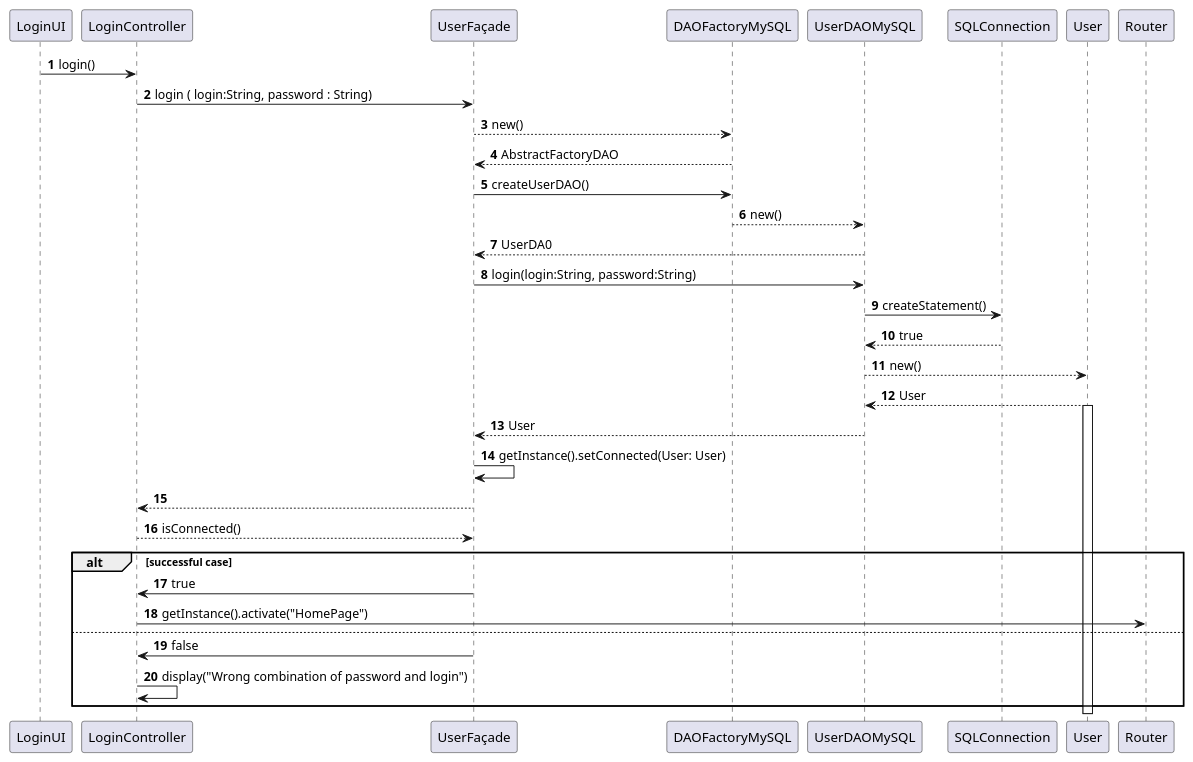
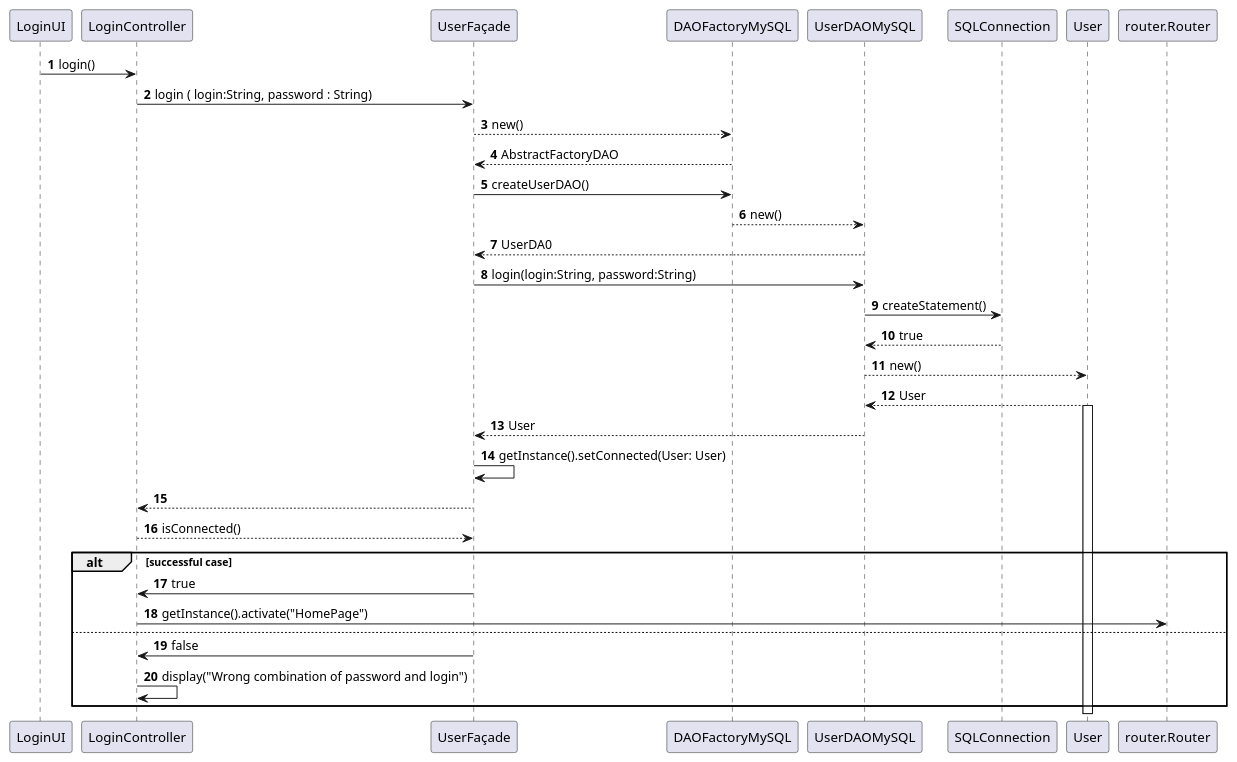
The diagram in Diagramms/LoginSequenceDiagram.puml (aymericCOUPRIE/Mercat), drawn with PlantUML before and after one commit. The commit also changed 4 other files, not shown here.

```diff
--- a/Diagramms/LoginSequenceDiagram.puml
+++ b/Diagramms/LoginSequenceDiagram.puml
@@ -1,29 +1,29 @@
 @startuml
 autonumber
 LoginUI -> LoginController : login()
 LoginController -> UserFaçade : login ( login:String, password : String)
 UserFaçade --> DAOFactoryMySQL : new()
 DAOFactoryMySQL --> UserFaçade : AbstractFactoryDAO
 UserFaçade ->DAOFactoryMySQL : createUserDAO()
 DAOFactoryMySQL --> UserDAOMySQL : new()
 UserDAOMySQL -->UserFaçade : UserDA0
 UserFaçade -> UserDAOMySQL : login(login:String, password:String)
 UserDAOMySQL -> SQLConnection : createStatement()
 SQLConnection --> UserDAOMySQL : true
 UserDAOMySQL --> User : new()
 User --> UserDAOMySQL : User
 activate User
 UserDAOMySQL --> UserFaçade : User
 UserFaçade->UserFaçade : getInstance().setConnected(User: User)
 UserFaçade --> LoginController
 LoginController --> UserFaçade : isConnected()
 alt successful case
     UserFaçade -> LoginController : true
-    LoginController -> Router : getInstance().activate("HomePage")
+    LoginController -> router.Router : getInstance().activate("HomePage")
 else
     UserFaçade -> LoginController : false
     LoginController -> LoginController : display("Wrong combination of password and login")
 end
 
 
 @enduml
```
